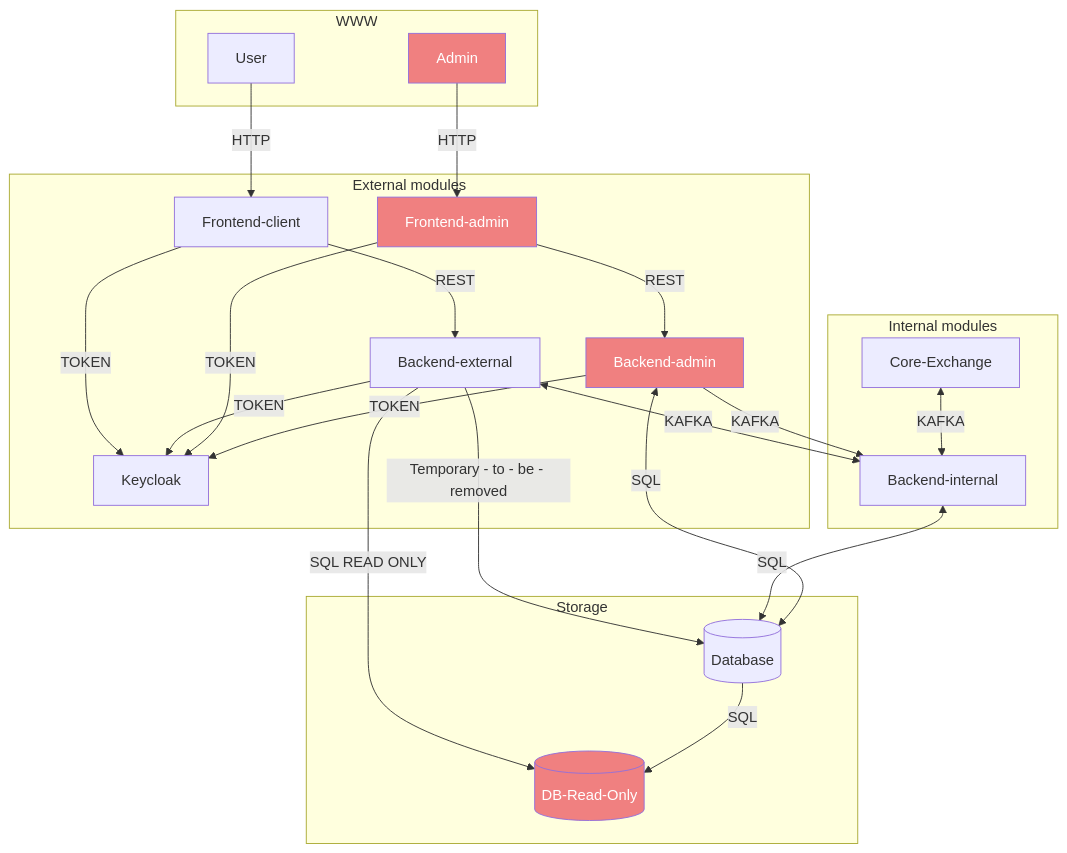
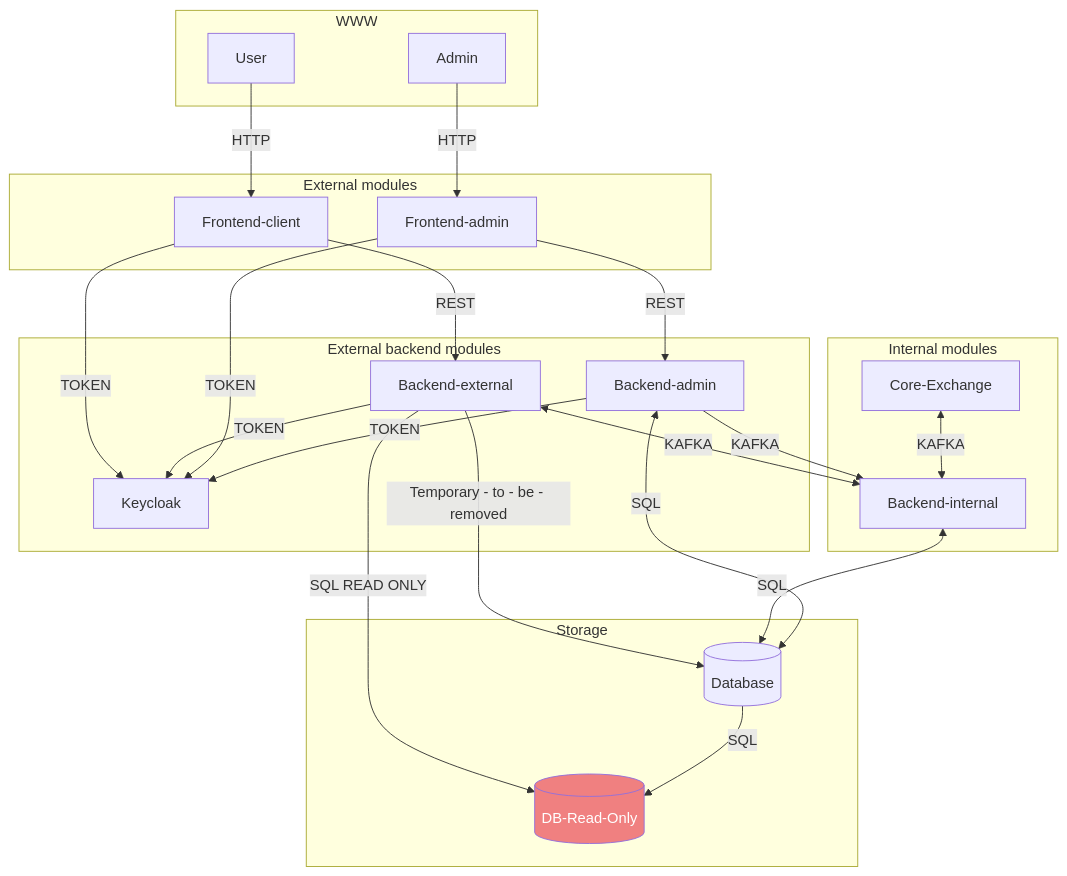
Before and after one commit to tomasz-franek/exchange-platform: the diagram in docs/architecture.md, drawn with Mermaid.

Commit message:
update architecture graph

````diff
--- a/docs/architecture.md
+++ b/docs/architecture.md
@@ -6,50 +6,49 @@
 ```mermaid
 graph TD
     User[User]
 %%    Admin[Administrator]
     DB[(Database)]
     DB-Read-Only[(DB-Read-Only)]
     User -->|HTTP| Frontend-client
     Admin -->|HTTP| Frontend-admin
     Frontend-client -->|TOKEN| Keycloak
     Backend-external -->|TOKEN| Keycloak
     Backend-external <-->|KAFKA| Backend-internal
     Frontend-admin -->|TOKEN| Keycloak
     Backend-admin -->|TOKEN| Keycloak
     Backend-admin -->|KAFKA| Backend-internal
     Frontend-client -->|REST| Backend-external
     Core-Exchange <-->|KAFKA| Backend-internal
     Frontend-admin -->|REST| Backend-admin
     Backend-external -->|SQL READ ONLY| DB-Read-Only
     Backend-external -->|Temporary - to - be - removed| DB
     Backend-internal <-->|SQL| DB
     Backend-admin <-->|SQL| DB
     DB -->|SQL| DB-Read-Only
 
     subgraph WWW
         Admin
         User
     end
 
     subgraph External modules
         Frontend-admin
         Frontend-client
+    end
+    subgraph External backend  modules
         Backend-external
         Backend-admin
         Keycloak
     end
     subgraph Internal modules
         Backend-internal
         Core-Exchange
     end
 
     subgraph Storage
         DB
         DB-Read-Only
     end
     classDef badBadEvent fill: #F08080, color: white
-    class Admin badBadEvent
-    class Frontend-admin badBadEvent
-    class Backend-admin badBadEvent
     class DB-Read-Only badBadEvent
 ```
````
